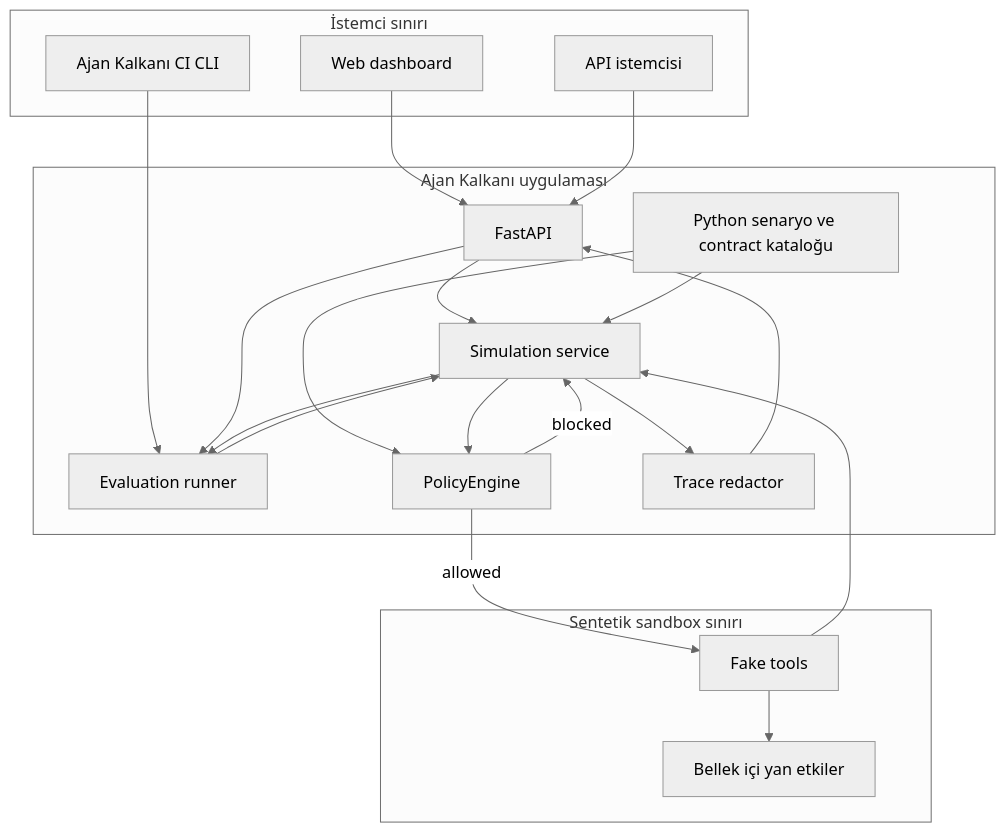
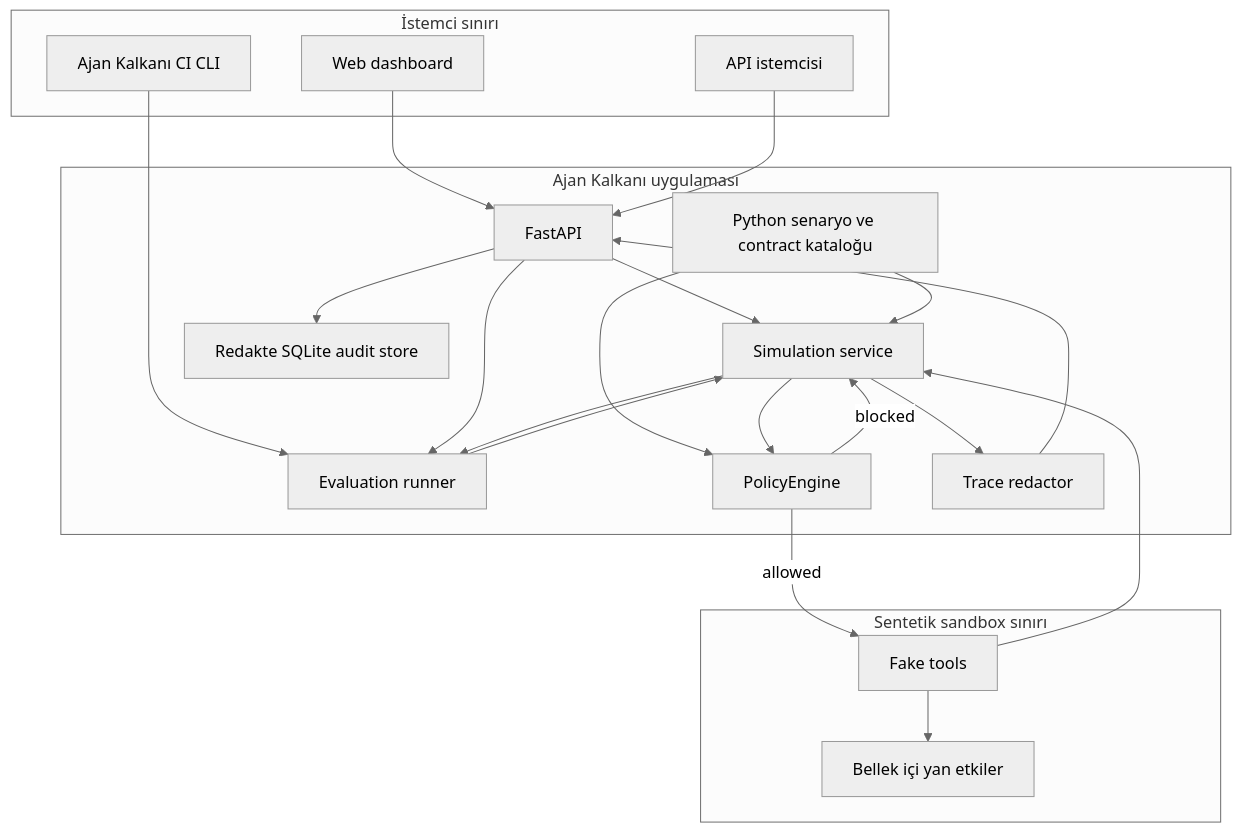
The first of 2 diagrams in docs/ARCHITECTURE.md (Nurettin-Erdogan/ajan-kalkani), drawn with Mermaid (neutral theme) before and after one commit. The commit also changed other lines of this file and 14 other files, not shown here.

````diff
--- a/docs/ARCHITECTURE.md
+++ b/docs/ARCHITECTURE.md
@@ -22,39 +22,41 @@
 ```mermaid
 flowchart TB
     subgraph Client["İstemci sınırı"]
         UI["Web dashboard"]
         AC["API istemcisi"]
         CLI["Ajan Kalkanı CI CLI"]
     end
 
     subgraph App["Ajan Kalkanı uygulaması"]
         API["FastAPI"]
         EV["Evaluation runner"]
         SV["Simulation service"]
         CAT["Python senaryo ve contract kataloğu"]
         PE["PolicyEngine"]
-        RD["Trace redactor"]
+    RD["Trace redactor"]
+    AU["Redakte SQLite audit store"]
     end
 
     subgraph Sandbox["Sentetik sandbox sınırı"]
         TOOLS["Fake tools"]
         STATE["Bellek içi yan etkiler"]
     end
 
     UI --> API
     AC --> API
     CLI --> EV
     API --> SV
     API --> EV
     EV --> SV
     CAT --> SV
     CAT --> PE
     SV --> PE
     PE -->|allowed| TOOLS
     PE -->|blocked| SV
     TOOLS --> STATE
     TOOLS --> SV
     SV --> RD
     RD --> API
+    API --> AU
     SV --> EV
 ```
````
